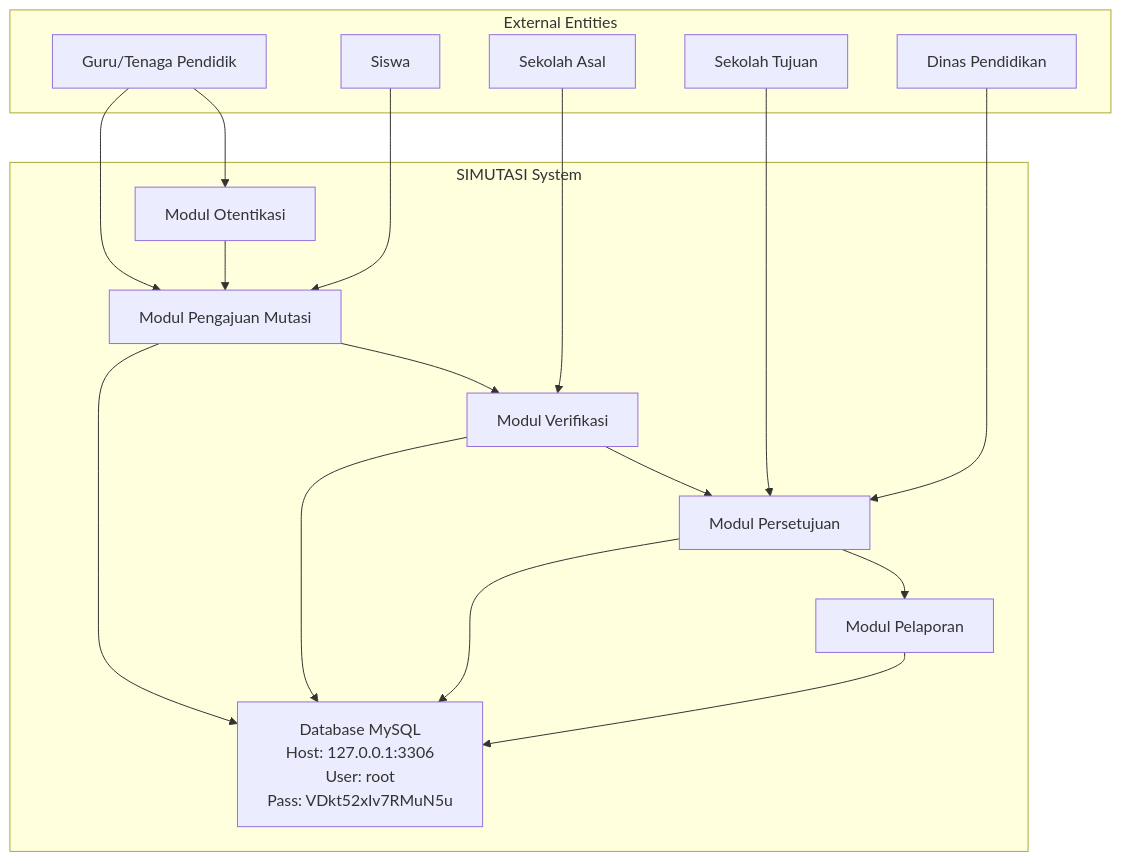
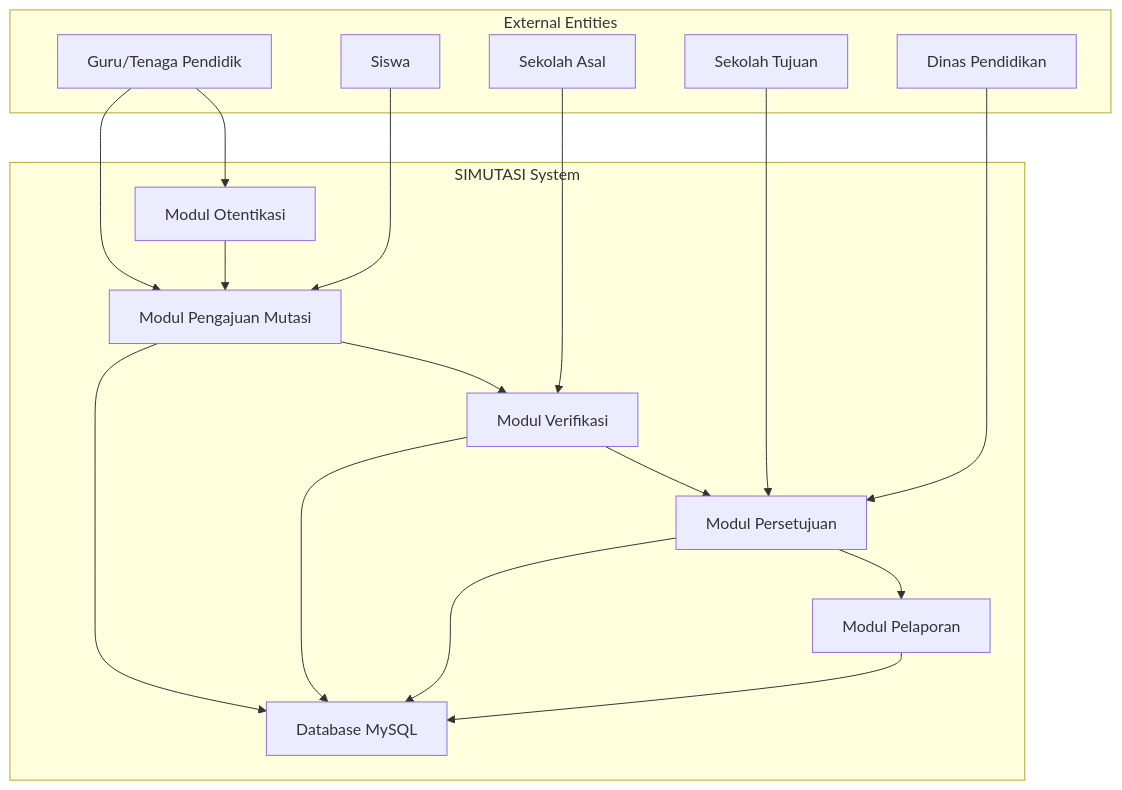
One commit to alibungker/superapp changed the diagram in simutasi/simutasi_Software_Requirements_Specification_(SRS).md. Above: the diagram before and after it, drawn with Mermaid. The commit also changed other lines of this file, not shown here.

First line of the commit message:
Remove sensitive database credentials from SRS

````diff
--- a/simutasi/simutasi_Software_Requirements_Specification_(SRS).md
+++ b/simutasi/simutasi_Software_Requirements_Specification_(SRS).md
@@ -51,34 +51,34 @@
 ```mermaid
 graph TB
     subgraph "External Entities"
         A[Guru/Tenaga Pendidik]
         B[Siswa]
         C[Sekolah Asal]
         D[Sekolah Tujuan]
         E[Dinas Pendidikan]
     end
     
     subgraph "SIMUTASI System"
         F[Modul Otentikasi]
         G[Modul Pengajuan Mutasi]
         H[Modul Verifikasi]
         I[Modul Persetujuan]
         J[Modul Pelaporan]
-        K[Database MySQL<br/>Host: 127.0.0.1:3306<br/>User: root<br/>Pass: VDkt52xIv7RMuN5u]
+        K[Database MySQL]
     end
     
     A --> F
     A --> G
     B --> G
     C --> H
     D --> I
     E --> I
     F --> G
     G --> H
     H --> I
     I --> J
     G --> K
     H --> K
     I --> K
     J --> K
 ```
````
